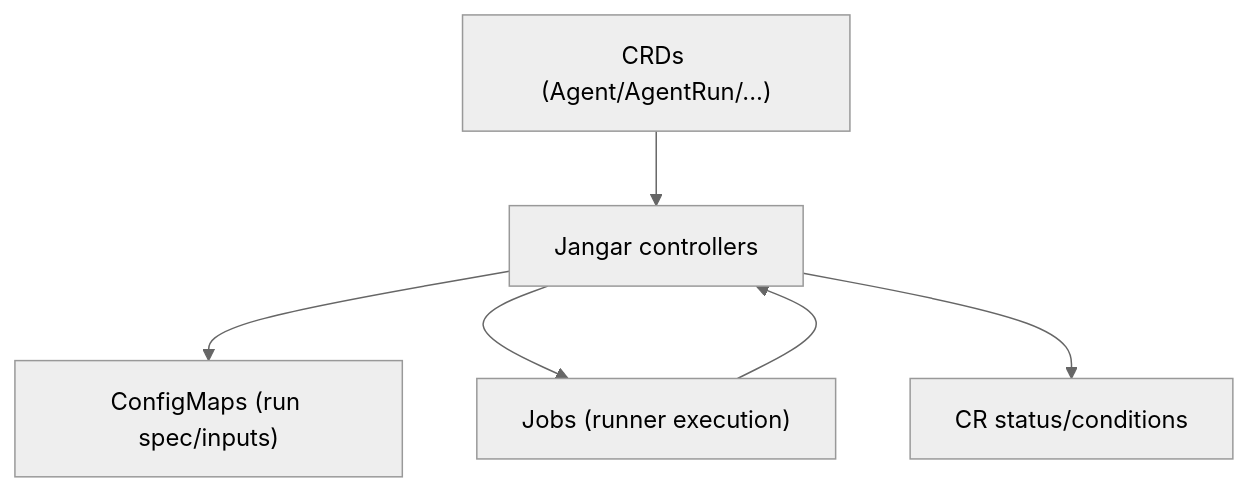
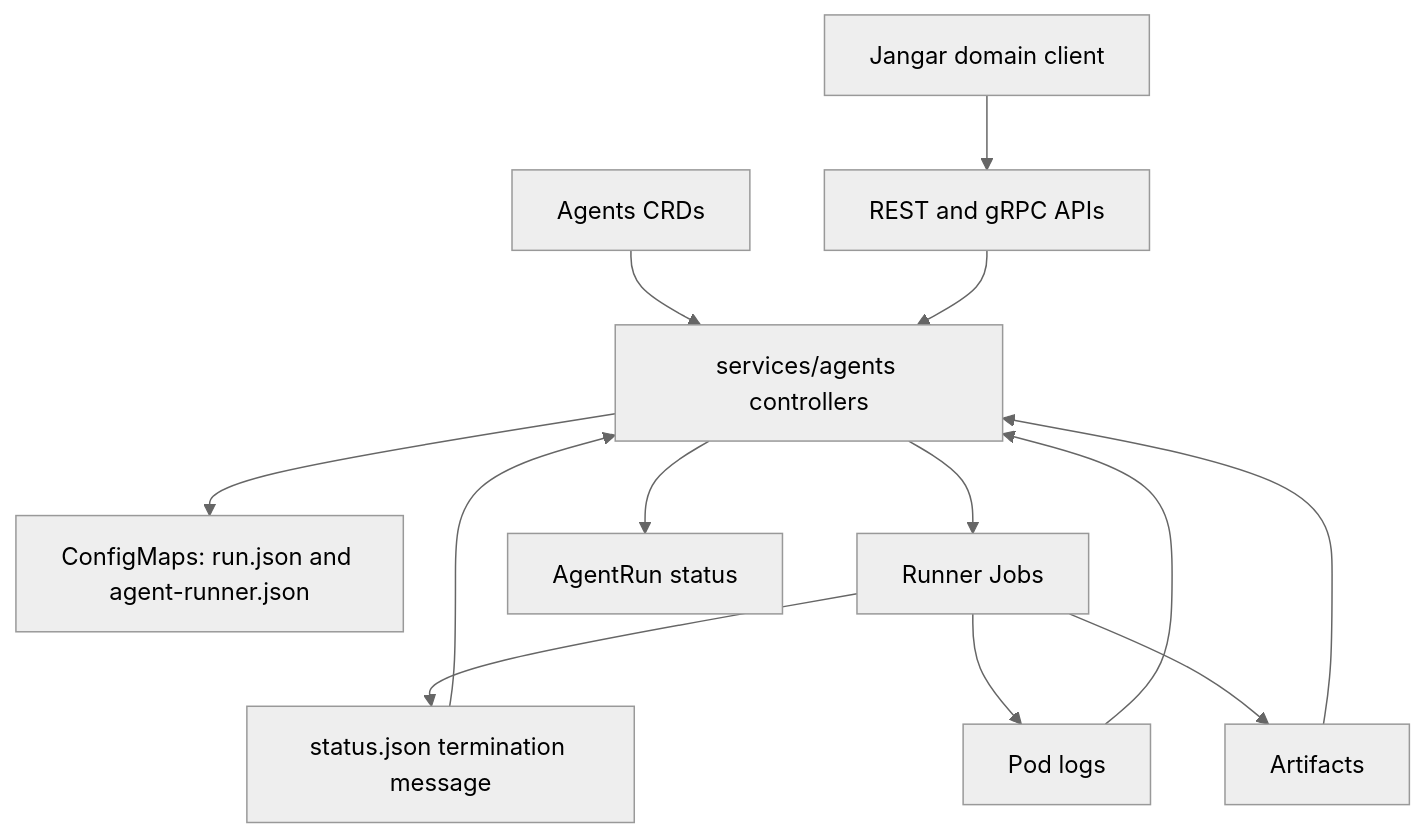
The diagram in docs/agents/jangar-controller-design.md (proompteng/lab), drawn with Mermaid (neutral theme) before and after one commit. The commit also changed other lines of this file and 5 other files, not shown here.

````diff
--- a/docs/agents/jangar-controller-design.md
+++ b/docs/agents/jangar-controller-design.md
@@ -253,8 +117,15 @@
 ```mermaid
 flowchart TD
-  CRDs["CRDs (Agent/AgentRun/...)"] --> Ctrl["Jangar controllers"]
-  Ctrl --> CM["ConfigMaps (run spec/inputs)"]
-  Ctrl --> Job["Jobs (runner execution)"]
-  Job --> Ctrl
-  Ctrl --> Status["CR status/conditions"]
+  CRDs["Agents CRDs"] --> Ctrl["services/agents controllers"]
+  API["REST and gRPC APIs"] --> Ctrl
+  Ctrl --> CM["ConfigMaps: run.json and agent-runner.json"]
+  Ctrl --> Job["Runner Jobs"]
+  Job --> Term["status.json termination message"]
+  Job --> Logs["Pod logs"]
+  Job --> Artifacts["Artifacts"]
+  Term --> Ctrl
+  Logs --> Ctrl
+  Artifacts --> Ctrl
+  Ctrl --> Status["AgentRun status"]
+  Jangar["Jangar domain client"] --> API
 ```
````
